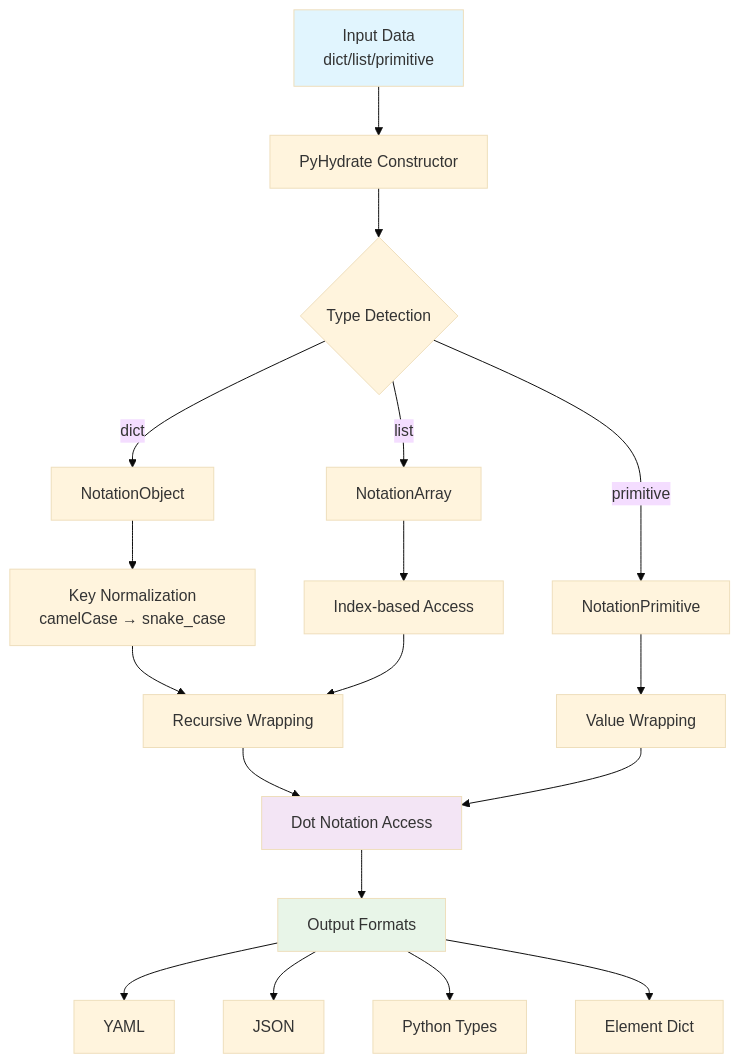
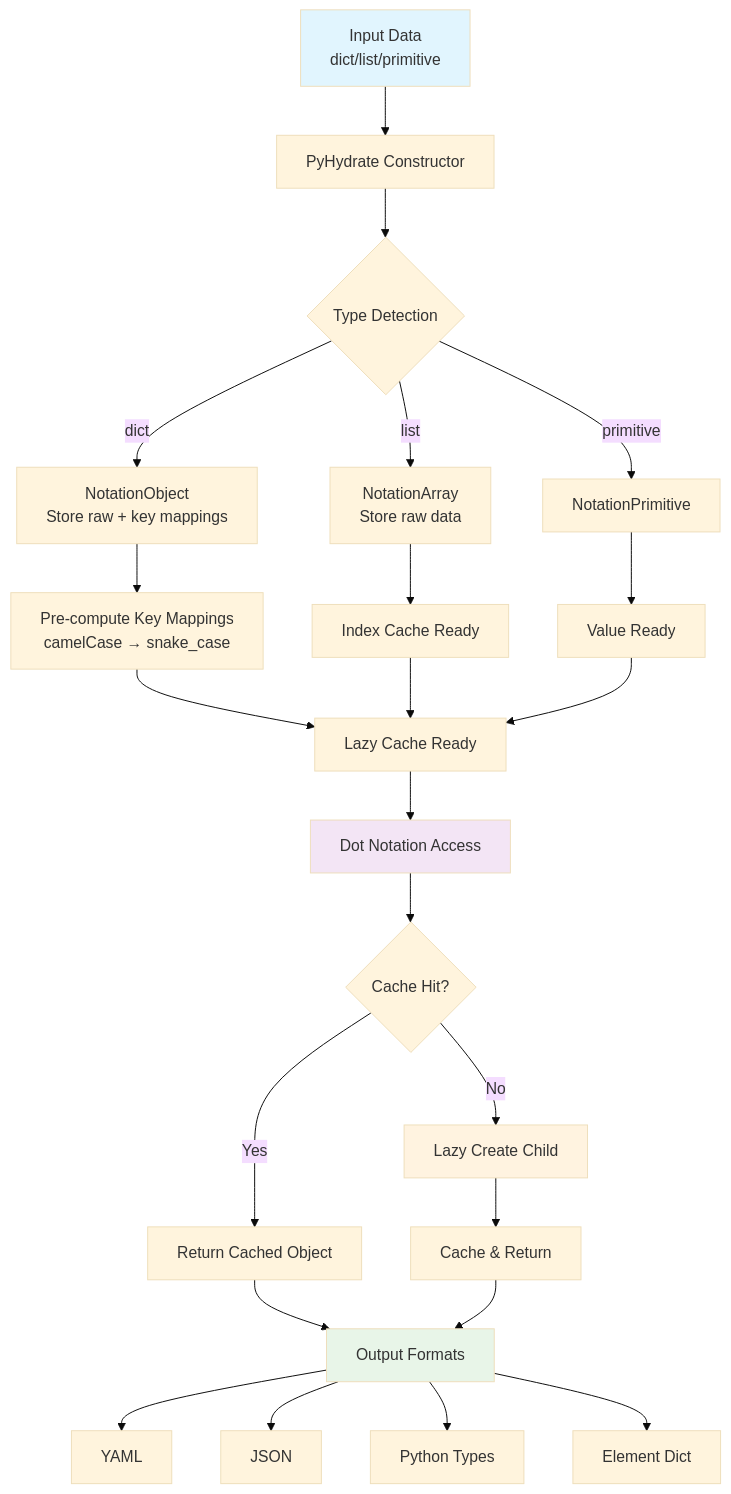
The second of 3 diagrams in readme.md (mjfii/pyhydrate), drawn with Mermaid (base theme) before and after one commit. The commit also changed other lines of this file and 1 other file, not shown here.

````diff
--- a/readme.md
+++ b/readme.md
@@ -179,29 +228,36 @@
 ```mermaid
 flowchart TD
     A[Input Data<br/>dict/list/primitive] --> B[PyHydrate Constructor]
     B --> C{Type Detection}
     
-    C -->|dict| D[NotationObject]
-    C -->|list| E[NotationArray]
+    C -->|dict| D[NotationObject<br/>Store raw + key mappings]
+    C -->|list| E[NotationArray<br/>Store raw data]
     C -->|primitive| F[NotationPrimitive]
     
-    D --> G[Key Normalization<br/>camelCase → snake_case]
-    G --> H[Recursive Wrapping]
-    H --> I[Dot Notation Access]
+    D --> G[Pre-compute Key Mappings<br/>camelCase → snake_case]
+    G --> H[Lazy Cache Ready]
     
-    E --> J[Index-based Access]
+    E --> I[Index Cache Ready]
+    I --> H
+    
+    F --> J[Value Ready]
     J --> H
     
-    F --> K[Value Wrapping]
-    K --> I
+    H --> K[Dot Notation Access]
+    K --> L{Cache Hit?}
+    L -->|Yes| M[Return Cached Object]
+    L -->|No| N[Lazy Create Child]
+    N --> O[Cache & Return]
     
-    I --> L[Output Formats]
-    L --> M[YAML]
-    L --> N[JSON]
-    L --> O[Python Types]
-    L --> P[Element Dict]
+    M --> P[Output Formats]
+    O --> P
+    P --> Q[YAML]
+    P --> R[JSON]
+    P --> S[Python Types]
+    P --> T[Element Dict]
 
     style A fill:#e1f5fe
-    style I fill:#f3e5f5
-    style L fill:#e8f5e8
+    style K fill:#f3e5f5
+    style N fill:#fff3e0
+    style P fill:#e8f5e8
 ```
````
